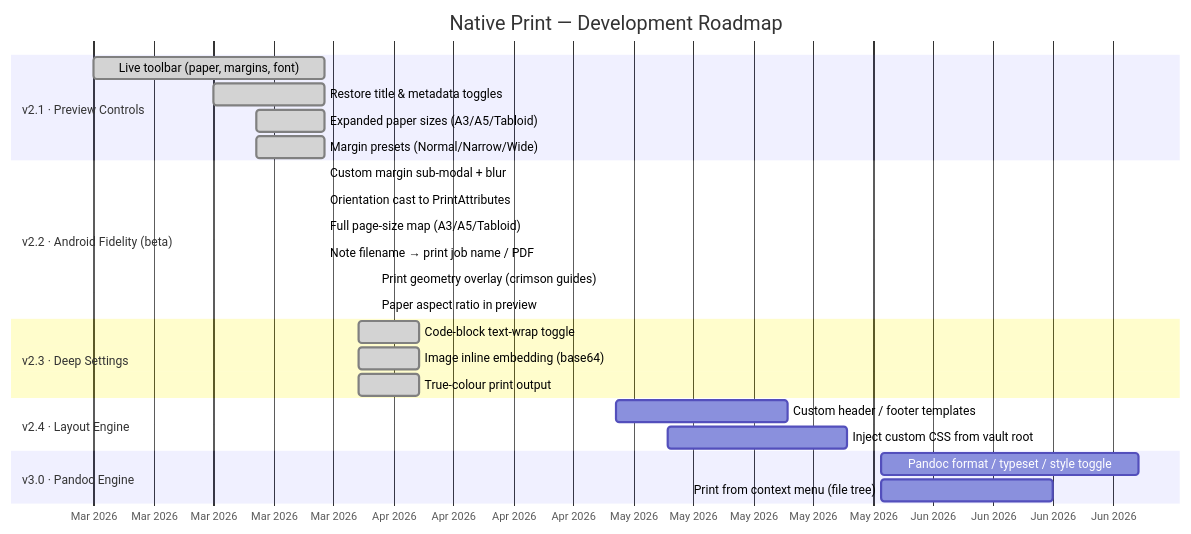
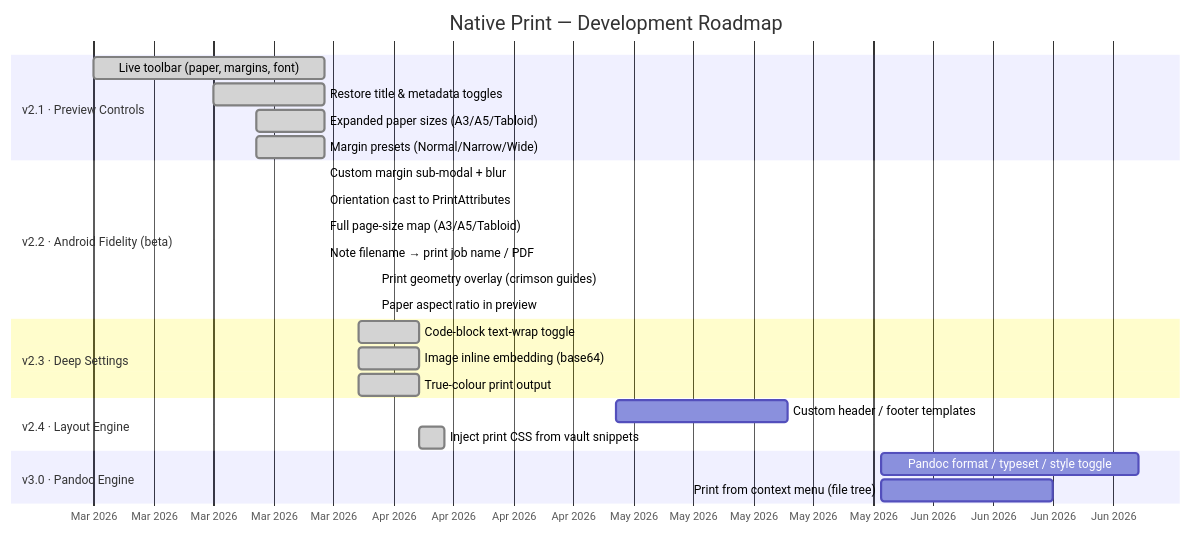
Before and after one commit to PWereh/native-print: the diagram in README.md, drawn with Mermaid. The commit also changed other lines of this file and 10 other files, not shown here.

````diff
--- a/README.md
+++ b/README.md
@@ -25,33 +25,33 @@
 ```mermaid
 gantt
     title Native Print — Development Roadmap
     dateFormat YYYY-MM-DD
     axisFormat %b %Y
 
     section v2.1 · Preview Controls
     Live toolbar (paper, margins, font)    :done,    pv1, 2026-03-01, 2026-03-28
     Restore title & metadata toggles       :done,    pv2, 2026-03-15, 2026-03-28
     Expanded paper sizes (A3/A5/Tabloid)   :done,    pv3, 2026-03-20, 2026-03-28
     Margin presets (Normal/Narrow/Wide)    :done,    pv4, 2026-03-20, 2026-03-28
 
     section v2.2 · Android Fidelity (beta)
     Custom margin sub-modal + blur         :done,    am1, 2026-03-28, 2026-03-28
     Orientation cast to PrintAttributes    :done,    am2, 2026-03-28, 2026-03-28
     Full page-size map (A3/A5/Tabloid)     :done,    am3, 2026-03-28, 2026-03-28
     Note filename → print job name / PDF   :done,    am4, 2026-03-28, 2026-03-28
     Print geometry overlay (crimson guides):done,    am5, 2026-04-03, 2026-04-03
     Paper aspect ratio in preview          :done,    am6, 2026-04-03, 2026-04-03
 
     section v2.3 · Deep Settings
     Code-block text-wrap toggle            :done,    ds1, 2026-04-01, 2026-04-08
     Image inline embedding (base64)        :done,    ds2, 2026-04-01, 2026-04-08
     True-colour print output               :done,    ds3, 2026-04-01, 2026-04-08
 
     section v2.4 · Layout Engine
     Custom header / footer templates       :         le1, 2026-05-01, 2026-05-21
-    Inject custom CSS from vault root      :         le2, 2026-05-07, 2026-05-28
+    Inject print CSS from vault snippets   :done,    le2, 2026-04-08, 2026-04-11
 
     section v3.0 · Pandoc Engine
     Pandoc format / typeset / style toggle :         pe1, 2026-06-01, 2026-07-01
     Print from context menu (file tree)    :         pe2, 2026-06-01, 2026-06-21
 ```
````
